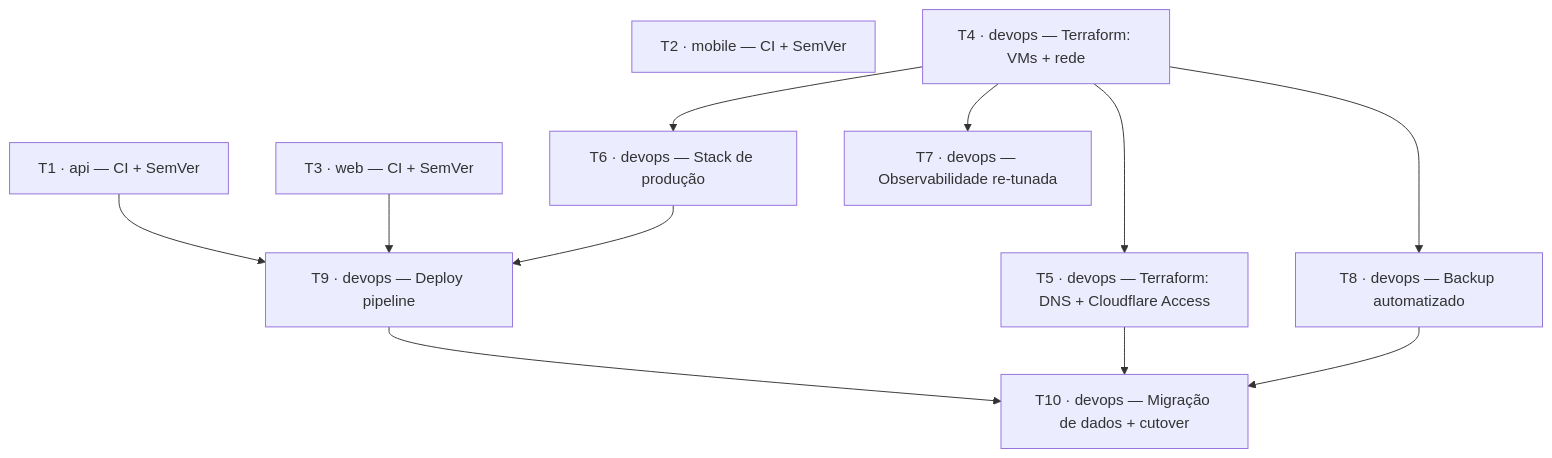
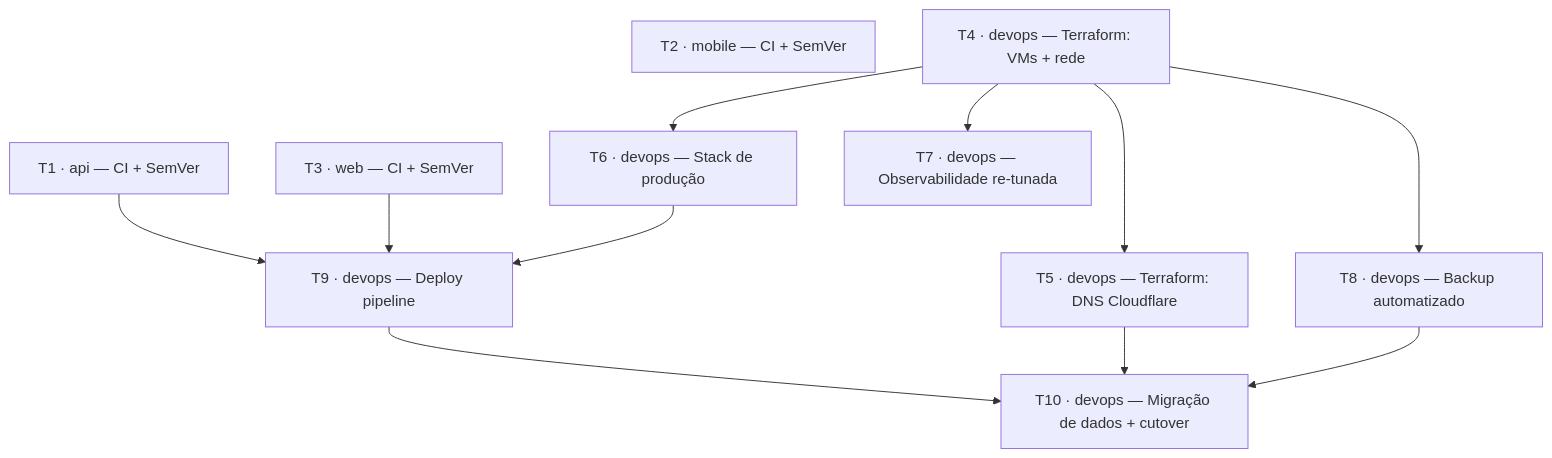
Before and after one commit to oikos-circular-environment/devops: the diagram in plans/oracle-cloud-migration/05-tickets.md, drawn with Mermaid. The commit also changed other lines of this file and 13 other files, not shown here.

First line of the commit message:
fix(T5): remove Cloudflare Access do escopo, corrige policy do lifecycle do OCI

````diff
--- a/plans/oracle-cloud-migration/05-tickets.md
+++ b/plans/oracle-cloud-migration/05-tickets.md
@@ -7,24 +7,24 @@
 ```mermaid
 flowchart TD
     T1[T1 · api — CI + SemVer]
     T2[T2 · mobile — CI + SemVer]
     T3[T3 · web — CI + SemVer]
     T4[T4 · devops — Terraform: VMs + rede]
-    T5[T5 · devops — Terraform: DNS + Cloudflare Access]
+    T5[T5 · devops — Terraform: DNS Cloudflare]
     T6[T6 · devops — Stack de produção]
     T7[T7 · devops — Observabilidade re-tunada]
     T8[T8 · devops — Backup automatizado]
     T9[T9 · devops — Deploy pipeline]
     T10[T10 · devops — Migração de dados + cutover]
 
     T4 --> T5
     T4 --> T6
     T4 --> T7
     T4 --> T8
     T1 --> T9
     T3 --> T9
     T6 --> T9
     T9 --> T10
     T5 --> T10
     T8 --> T10
 ```
````
